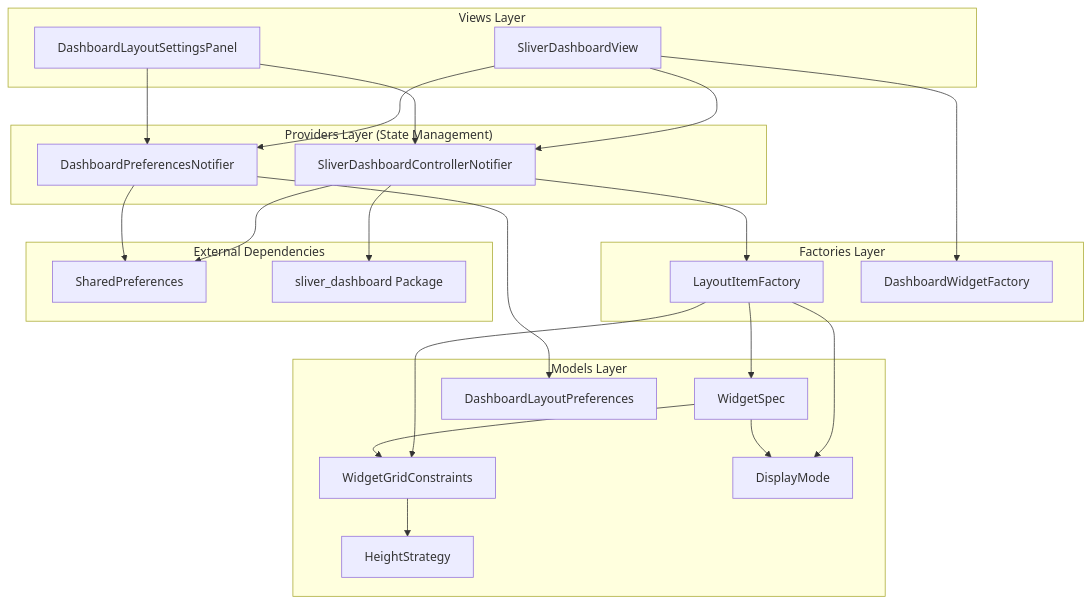
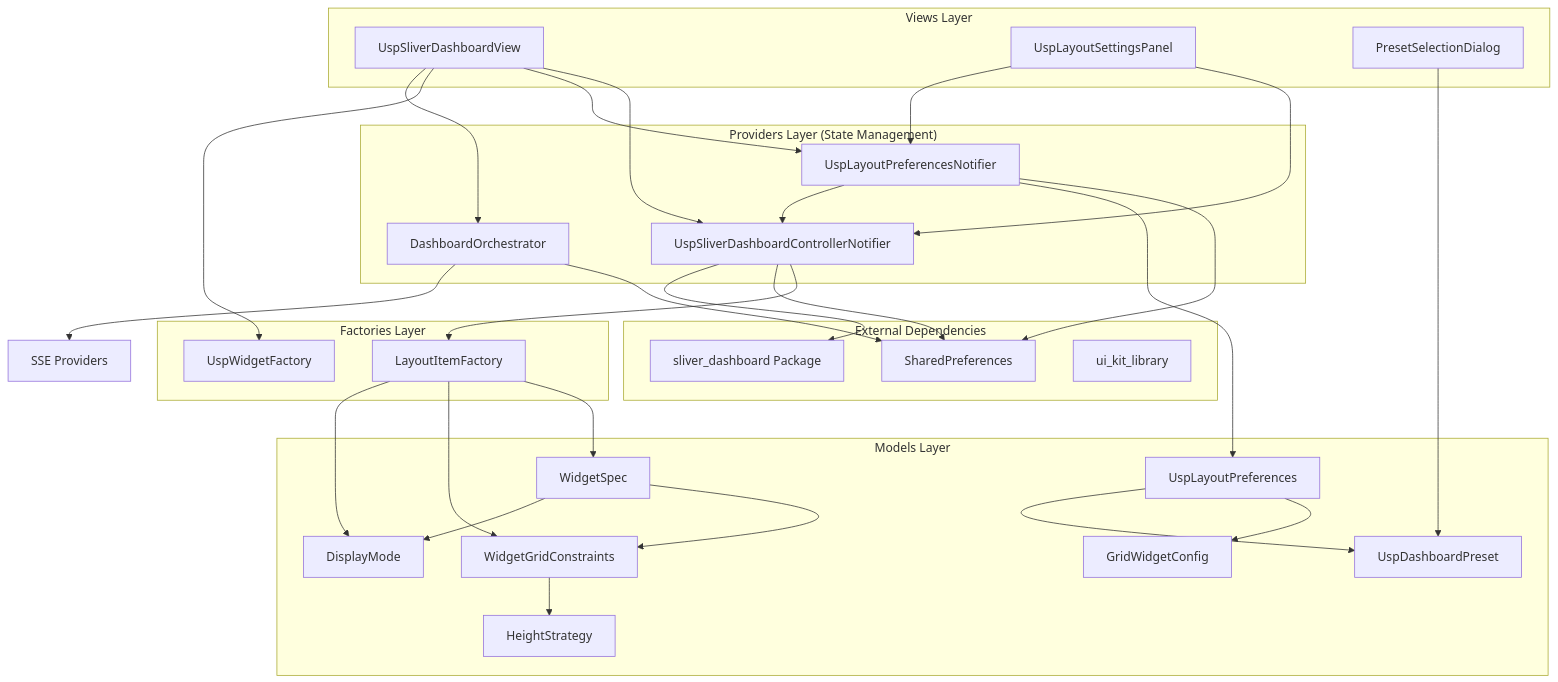
The first of 9 diagrams in doc/dashboard/dashboard_custom_layout_comprehensive_report_en.md (linksys/PrivacyGUI), drawn with Mermaid before and after one commit. The commit also changed other lines of this file and 11 other files, not shown here.

First line of the commit message:
test: add dashboard custom layout tests (293 tests, 99.8% coverage)

````diff
--- a/doc/dashboard/dashboard_custom_layout_comprehensive_report_en.md
+++ b/doc/dashboard/dashboard_custom_layout_comprehensive_report_en.md
@@ -11,51 +13,65 @@
 ```mermaid
 flowchart TD
     subgraph Views["Views Layer"]
-        SDV["SliverDashboardView"]
-        DLSP["DashboardLayoutSettingsPanel"]
+        SDV["UspSliverDashboardView"]
+        DLSP["UspLayoutSettingsPanel"]
+        PSD["PresetSelectionDialog"]
     end
 
     subgraph Providers["Providers Layer (State Management)"]
-        SDCP["SliverDashboardControllerNotifier"]
-        DPP["DashboardPreferencesNotifier"]
+        SDCP["UspSliverDashboardControllerNotifier"]
+        DPP["UspLayoutPreferencesNotifier"]
+        DO["DashboardOrchestrator"]
     end
 
     subgraph Factories["Factories Layer"]
         LIF["LayoutItemFactory"]
-        DWF["DashboardWidgetFactory"]
+        DWF["UspWidgetFactory"]
     end
 
     subgraph Models["Models Layer"]
         WS["WidgetSpec"]
         WGC["WidgetGridConstraints"]
         HS["HeightStrategy"]
         DM["DisplayMode"]
-        DLP["DashboardLayoutPreferences"]
+        DLP["UspLayoutPreferences"]
+        UDP["UspDashboardPreset"]
+        GWC["GridWidgetConfig"]
     end
 
     subgraph External["External Dependencies"]
         SP["SharedPreferences"]
         SliverPkg["sliver_dashboard Package"]
+        UIKit["ui_kit_library"]
     end
 
     SDV --> SDCP
     SDV --> DPP
     SDV --> DWF
+    SDV --> DO
     DLSP --> SDCP
     DLSP --> DPP
+    PSD --> UDP
 
     SDCP --> LIF
     SDCP --> SP
     SDCP --> SliverPkg
 
     DPP --> SP
     DPP --> DLP
+    DPP --> SDCP
+
+    DO --> SP
+    DO --> SSE["SSE Providers"]
 
     LIF --> WS
     LIF --> WGC
     LIF --> DM
 
+    DLP --> GWC
+    DLP --> UDP
+
     WS --> WGC
     WS --> DM
     WGC --> HS
 ```
````
